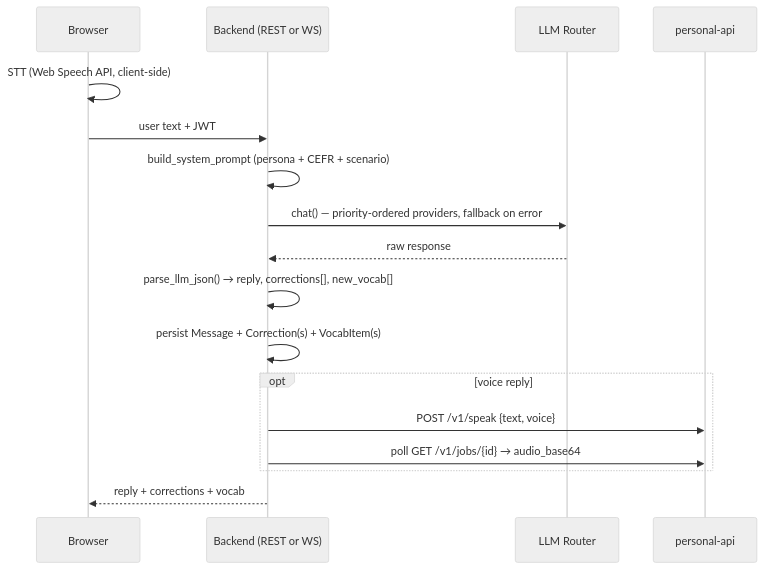
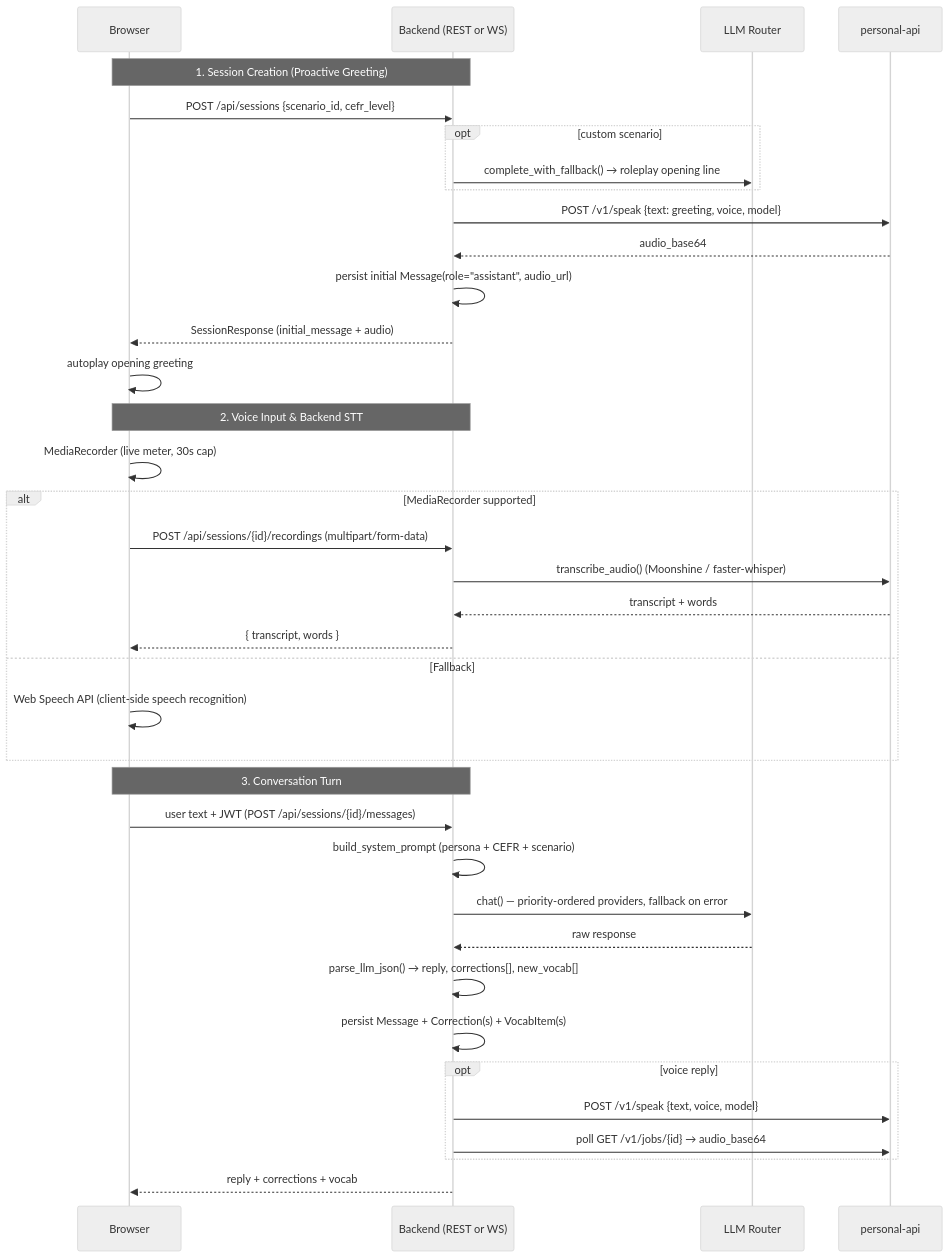
The second of 5 diagrams in DESIGN.md (dahch/english-forge), drawn with Mermaid (neutral theme) before and after one commit. The commit also changed other lines of this file and 70 other files, not shown here.

````diff
--- a/DESIGN.md
+++ b/DESIGN.md
@@ -56,20 +57,42 @@
 ```mermaid
 sequenceDiagram
     participant B as Browser
     participant API as Backend (REST or WS)
     participant L as LLM Router
     participant PA as personal-api
 
-    B->>B: STT (Web Speech API, client-side)
-    B->>API: user text + JWT
+    Note over B,API: 1. Session Creation (Proactive Greeting)
+    B->>API: POST /api/sessions {scenario_id, cefr_level}
+    opt custom scenario
+        API->>L: complete_with_fallback() → roleplay opening line
+    end
+    API->>PA: POST /v1/speak {text: greeting, voice, model}
+    PA-->>API: audio_base64
+    API->>API: persist initial Message(role="assistant", audio_url)
+    API-->>B: SessionResponse (initial_message + audio)
+    B->>B: autoplay opening greeting
+
+    Note over B,API: 2. Voice Input & Backend STT
+    B->>B: MediaRecorder (live meter, 30s cap)
+    alt MediaRecorder supported
+        B->>API: POST /api/sessions/{id}/recordings (multipart/form-data)
+        API->>PA: transcribe_audio() (Moonshine / faster-whisper)
+        PA-->>API: transcript + words
+        API-->>B: { transcript, words }
+    else Fallback
+        B->>B: Web Speech API (client-side speech recognition)
+    end
+
+    Note over B,API: 3. Conversation Turn
+    B->>API: user text + JWT (POST /api/sessions/{id}/messages)
     API->>API: build_system_prompt (persona + CEFR + scenario)
     API->>L: chat() — priority-ordered providers, fallback on error
     L-->>API: raw response
     API->>API: parse_llm_json() → reply, corrections[], new_vocab[]
     API->>API: persist Message + Correction(s) + VocabItem(s)
     opt voice reply
-        API->>PA: POST /v1/speak {text, voice}
+        API->>PA: POST /v1/speak {text, voice, model}
         API->>PA: poll GET /v1/jobs/{id} → audio_base64
     end
     API-->>B: reply + corrections + vocab
 ```
````
